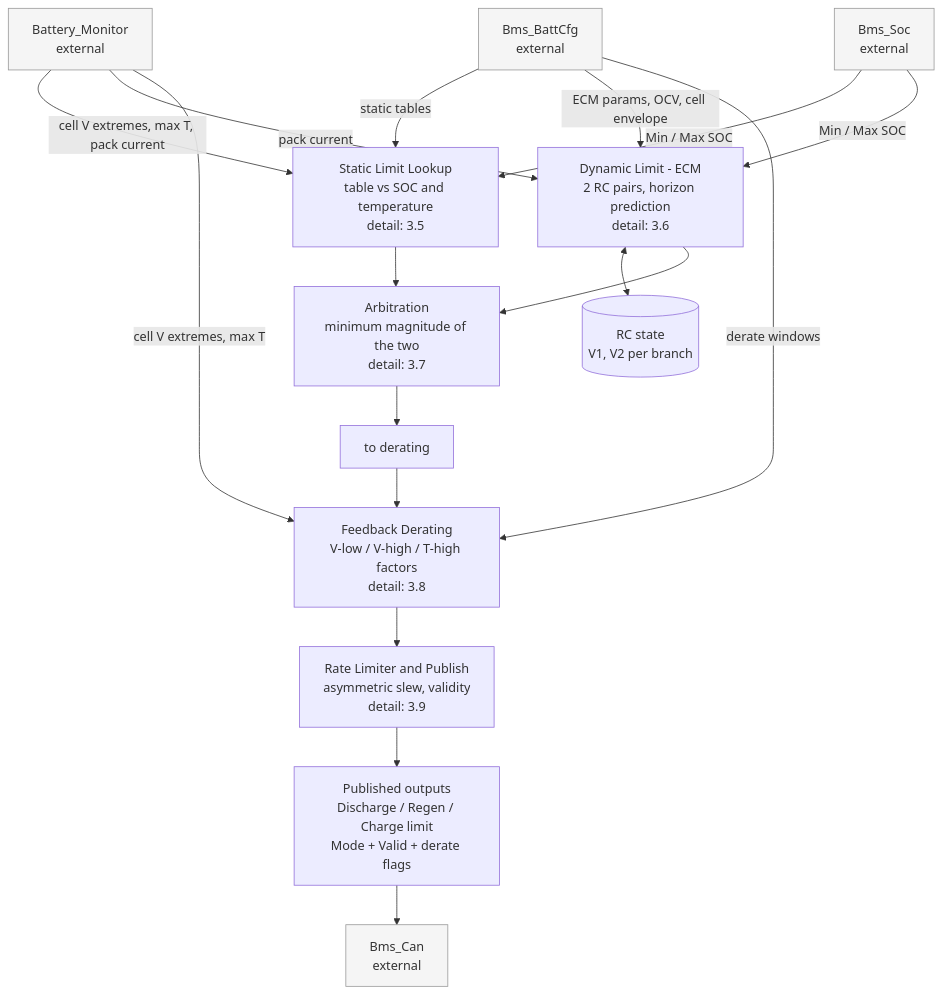
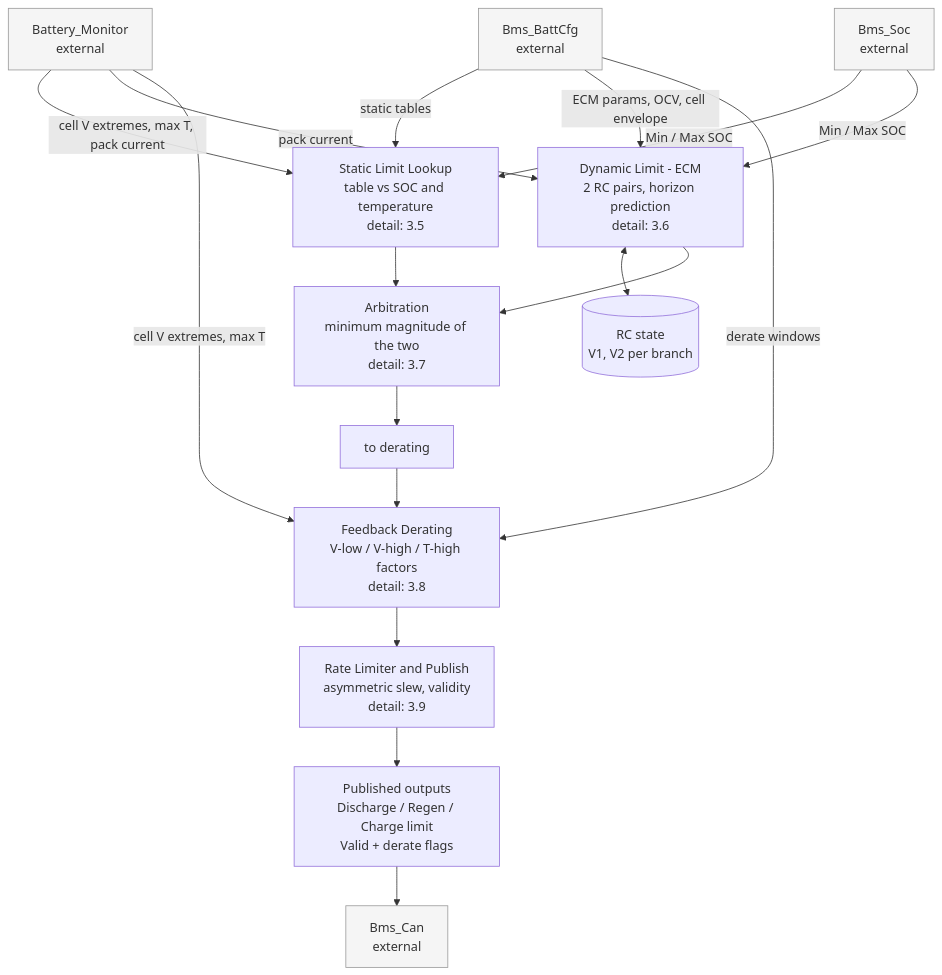
Before and after one commit to jsivolt/BMS_demo: the second of 7 diagrams in src/battery/SOP_DESIGN.md, drawn with Mermaid. The commit also changed other lines of this file, not shown here.

First line of the commit message:
SOP design: operating mode is an input from a separate SWC

````diff
--- a/src/battery/SOP_DESIGN.md
+++ b/src/battery/SOP_DESIGN.md
@@ -159,37 +160,37 @@
 ```mermaid
 flowchart TD
     BM["Battery_Monitor<br/>external"]
     SOC["Bms_Soc<br/>external"]
     CFG["Bms_BattCfg<br/>external"]
     CANM["Bms_Can<br/>external"]
 
     STATIC["Static Limit Lookup<br/>table vs SOC and temperature<br/>detail: 3.5"]
     ECM["Dynamic Limit - ECM<br/>2 RC pairs, horizon prediction<br/>detail: 3.6"]
     ARB["Arbitration<br/>minimum magnitude of the two<br/>detail: 3.7"]
     DERATE["Feedback Derating<br/>V-low / V-high / T-high factors<br/>detail: 3.8"]
     SLEW["Rate Limiter and Publish<br/>asymmetric slew, validity<br/>detail: 3.9"]
 
     RCSTATE[("RC state<br/>V1, V2 per branch")]
-    OUT["Published outputs<br/>Discharge / Regen / Charge limit<br/>Mode + Valid + derate flags"]
+    OUT["Published outputs<br/>Discharge / Regen / Charge limit<br/>Valid + derate flags"]
 
     BM -->|"cell V extremes, max T, pack current"| STATIC
     BM -->|"pack current"| ECM
     BM -->|"cell V extremes, max T"| DERATE
     SOC -->|"Min / Max SOC"| STATIC
     SOC -->|"Min / Max SOC"| ECM
     CFG -->|"static tables"| STATIC
     CFG -->|"ECM params, OCV, cell envelope"| ECM
     CFG -->|"derate windows"| DERATE
 
     ECM <--> RCSTATE
     STATIC --> ARB
     ECM --> ARB
     ARB --> DER2["to derating"]
     DER2 --> DERATE
     DERATE --> SLEW
     SLEW --> OUT
     OUT --> CANM
 
     classDef ext fill:#f5f5f5,stroke:#999
     class BM,SOC,CFG,CANM ext
 ```
````
